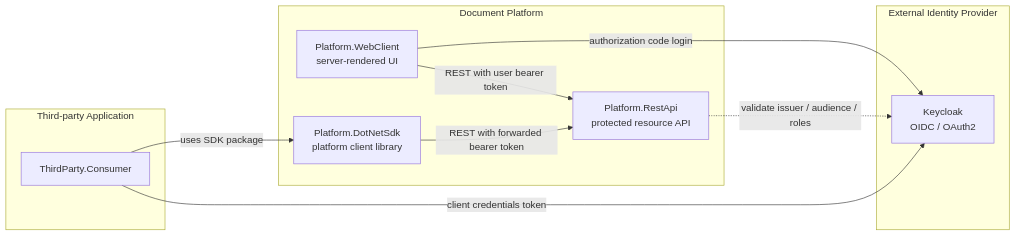
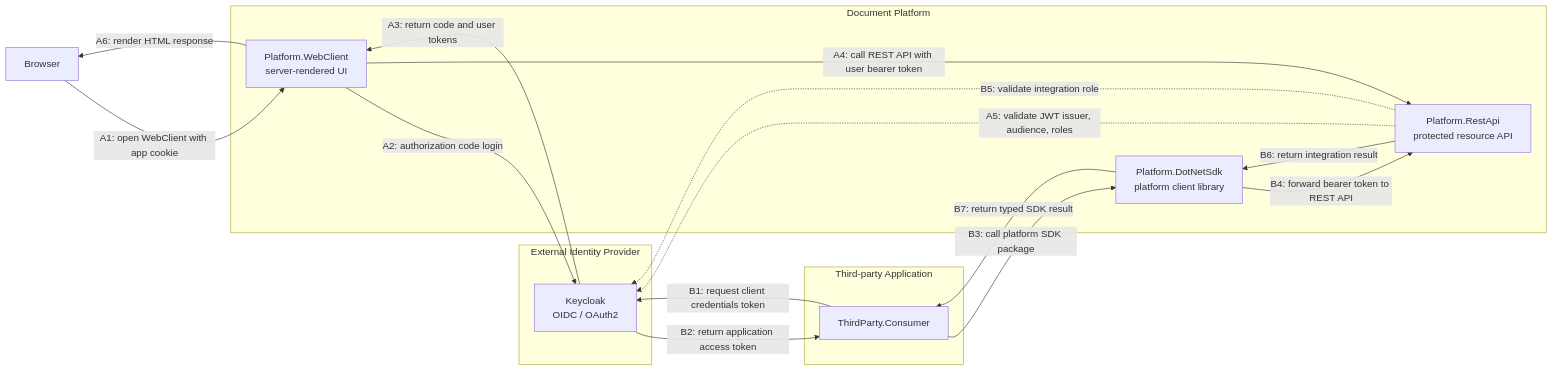
Before and after one commit to haoyucheng369-gif/DocuwareArchitect: the first of 3 diagrams in README.md, drawn with Mermaid. The commit also changed other lines of this file, not shown here.

Commit message:
Clarify README architecture flow labels

````diff
--- a/README.md
+++ b/README.md
@@ -15,25 +15,33 @@
 ```mermaid
 flowchart LR
+    BROWSER[Browser]
+
     subgraph Identity["External Identity Provider"]
         I[Keycloak<br/>OIDC / OAuth2]
     end
 
     subgraph Platform["Document Platform"]
         W[Platform.WebClient<br/>server-rendered UI]
         R[Platform.RestApi<br/>protected resource API]
         S[Platform.DotNetSdk<br/>platform client library]
     end
 
     subgraph External["Third-party Application"]
         T[ThirdParty.Consumer]
     end
 
-    W -->|REST with user bearer token| R
-    W -->|authorization code login| I
+    BROWSER -->|"A1: open WebClient with app cookie"| W
+    W -->|"A2: authorization code login"| I
+    I -->|"A3: return code and user tokens"| W
+    W -->|"A4: call REST API with user bearer token"| R
+    R -.->|"A5: validate JWT issuer, audience, roles"| I
+    W -->|"A6: render HTML response"| BROWSER
 
-    T -->|client credentials token| I
-    T -->|uses SDK package| S
-    S -->|REST with forwarded bearer token| R
-
-    R -.->|validate issuer / audience / roles| I
+    T -->|"B1: request client credentials token"| I
+    I -->|"B2: return application access token"| T
+    T -->|"B3: call platform SDK package"| S
+    S -->|"B4: forward bearer token to REST API"| R
+    R -.->|"B5: validate integration role"| I
+    R -->|"B6: return integration result"| S
+    S -->|"B7: return typed SDK result"| T
 ```
````
